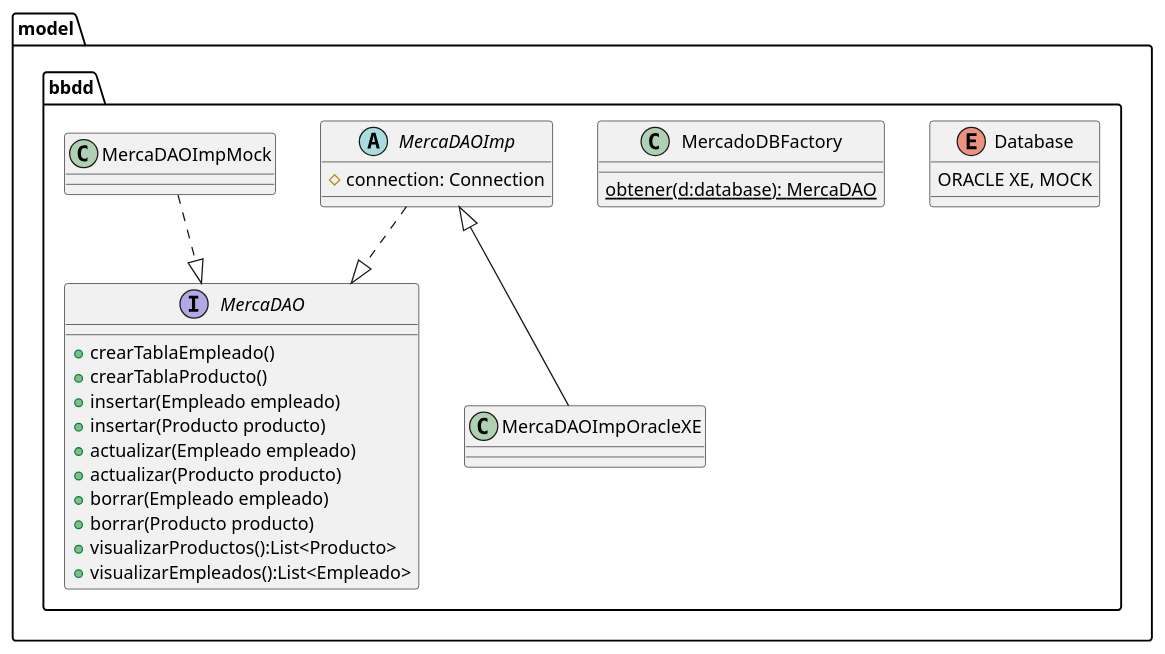
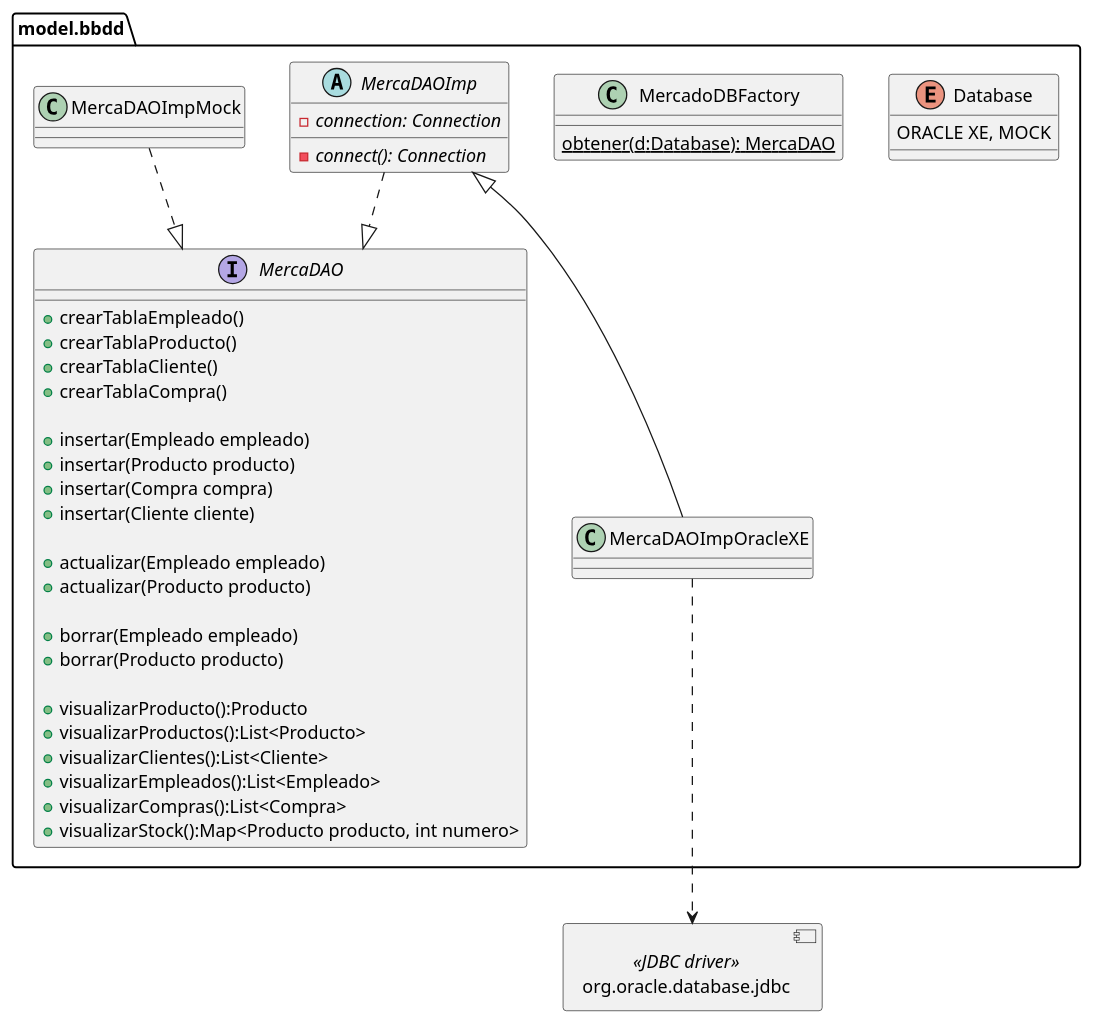
Before and after one commit to dmadcha/mercadaw_trabajo_ev3: the diagram in design/Clases/ClasesBBDD.pu, drawn with PlantUML.

Commit message:
finalizado

```diff
--- a/design/Clases/ClasesBBDD.pu
+++ b/design/Clases/ClasesBBDD.pu
@@ -1,46 +1,62 @@
 @startuml bbdd
-    package model{
-        package bbdd{
-            enum Database{
-                ORACLE XE, MOCK
-            }
-            interface MercaDAO{
-            + crearTablaEmpleado()
-            + crearTablaProducto()
-            + insertar(Empleado empleado)
-            + insertar(Producto producto)
-            + actualizar(Empleado empleado)
-            + actualizar(Producto producto)
-            + borrar(Empleado empleado)
-            + borrar(Producto producto)
-            + visualizarProductos():List<Producto>
-            + visualizarEmpleados():List<Empleado>
-            }
+allow_mixing
+set separator none
+top to bottom direction
+    package model.bbdd{
+        enum Database{
+            ORACLE XE, MOCK
+        }
 
-            class MercadoDBFactory{
-                {static} obtener(d:database): MercaDAO
-            }
+        interface MercaDAO{
+        + crearTablaEmpleado()
+        + crearTablaProducto()
+        + crearTablaCliente()
+        + crearTablaCompra()
 
-            abstract MercaDAOImp {
-                  # connection: Connection
-               
-                
-            }
+        + insertar(Empleado empleado)
+        + insertar(Producto producto)
+        + insertar(Compra compra)
+        + insertar(Cliente cliente)
 
-            class MercaDAOImpMock{
+        + actualizar(Empleado empleado)
+        + actualizar(Producto producto)
+        
+        + borrar(Empleado empleado)
+        + borrar(Producto producto)
+        
+        + visualizarProducto():Producto
+        + visualizarProductos():List<Producto>
+        + visualizarClientes():List<Cliente>
+        + visualizarEmpleados():List<Empleado>
+        + visualizarCompras():List<Compra>
+        + visualizarStock():Map<Producto producto, int numero>
+        }
 
-            }
+        class MercadoDBFactory{
+            {static} obtener(d:Database): MercaDAO
+        }
 
-            class MercaDAOImpOracleXE{
-              
-            }
-       
+        abstract MercaDAOImp {
+            - {abstract} connection: Connection
+            - {abstract} connect(): Connection
+            
+        }
+
+        class MercaDAOImpMock{
+
+        }
+
+        class MercaDAOImpOracleXE{
+            
         }
            
     }
 
+    component org.oracle.database.jdbc <<JDBC driver>>
+
+    MercaDAOImpOracleXE ..> org.oracle.database.jdbc
     MercaDAOImp <|-- MercaDAOImpOracleXE
     MercaDAOImp..|> MercaDAO
     MercaDAOImpMock..|> MercaDAO 
     
 @enduml
```
